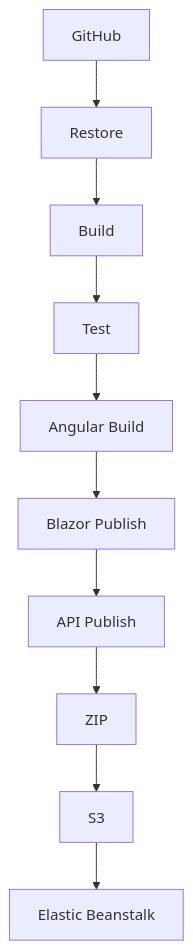
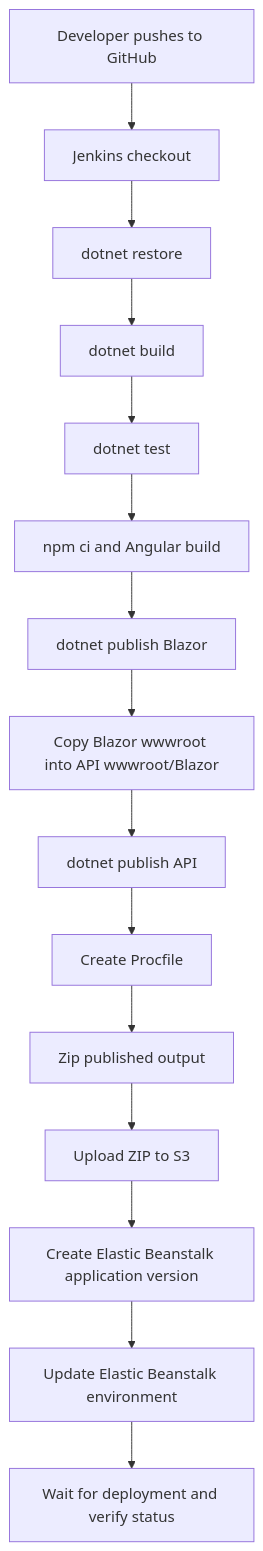
One commit to abhisheku-16/HealthAxis-app-aws changed the sixth of 6 diagrams in README.md. Above: the diagram before and after it, drawn with Mermaid. The commit also changed other lines of this file, not shown here.

````diff
--- a/README.md
+++ b/README.md
@@ -406,12 +290,18 @@
 ```mermaid
 flowchart TD
-    A[GitHub] --> B[Restore]
-    B --> C[Build]
-    C --> D[Test]
-    D --> E[Angular Build]
-    E --> F[Blazor Publish]
-    F --> G[API Publish]
-    G --> H[ZIP]
-    H --> I[S3]
-    I --> J[Elastic Beanstalk]
+    A[Developer pushes to GitHub] --> B[Jenkins checkout]
+    B --> C[dotnet restore]
+    C --> D[dotnet build]
+    D --> E[dotnet test]
+    E --> F[npm ci and Angular build]
+    F --> G[dotnet publish Blazor]
+    G --> H[Copy Blazor wwwroot into API wwwroot/Blazor]
+    H --> I[dotnet publish API]
+    I --> J[Create Procfile]
+    J --> K[Zip published output]
+    K --> L[Upload ZIP to S3]
+    L --> M[Create Elastic Beanstalk application version]
+    M --> N[Update Elastic Beanstalk environment]
+    N --> O[Wait for deployment and verify status]
+
 ```
````
